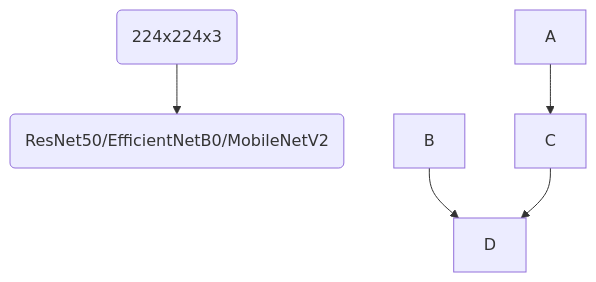
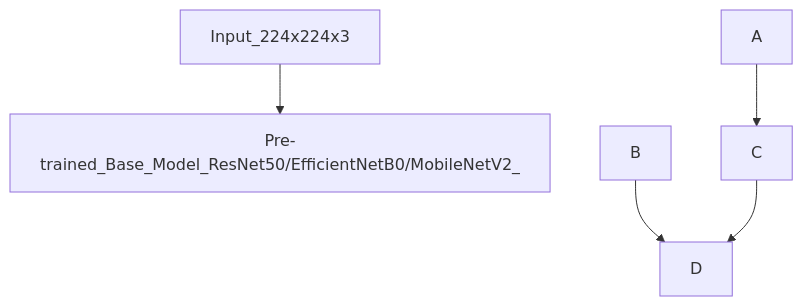
The diagram in README.md (MaaeYeng2517/ai-goat-app), drawn with Mermaid before and after one commit.

Commit message:
Fix diagram formatting

````diff
--- a/README.md
+++ b/README.md
@@ -170,7 +170,7 @@
 ```mermaid
 graph TD;
-    Input(224x224x3)-->Pre-trained_Base_Model(ResNet50/EfficientNetB0/MobileNetV2);
+    Input_224x224x3-->Pre-trained_Base_Model_ResNet50/EfficientNetB0/MobileNetV2_;
     A-->C;
     B-->D;
     C-->D;
 ```
````
